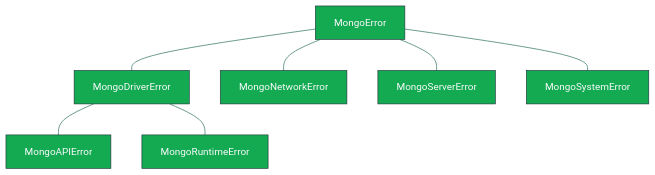
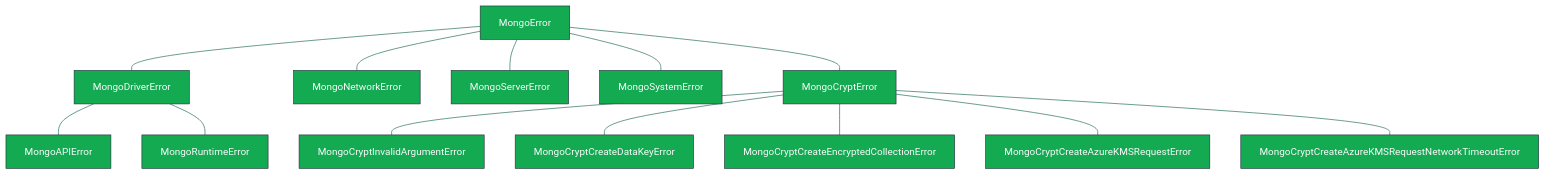
Before and after one commit to mongodb/node-mongodb-native: the diagram in etc/notes/errors.md, drawn with Mermaid. The commit also changed other lines of this file, not shown here.

````diff
--- a/etc/notes/errors.md
+++ b/etc/notes/errors.md
@@ -43,24 +49,44 @@
 ```mermaid
 graph TD
     MongoError --- MongoDriverError
     MongoError --- MongoNetworkError
     MongoError --- MongoServerError
     MongoError --- MongoSystemError
+    MongoError --- MongoCryptError
+    MongoCryptError --- MongoCryptInvalidArgumentError
+    MongoCryptError --- MongoCryptCreateDataKeyError
+    MongoCryptError --- MongoCryptCreateEncryptedCollectionError
+    MongoCryptError --- MongoCryptCreateAzureKMSRequestError
+    MongoCryptError --- MongoCryptCreateAzureKMSRequestNetworkTimeoutError
     MongoDriverError --- MongoAPIError
     MongoDriverError --- MongoRuntimeError
 
 linkStyle 0 stroke:#116149
 linkStyle 1 stroke:#116149
 linkStyle 2 stroke:#116149
 linkStyle 3 stroke:#116149
 linkStyle 4 stroke:#116149
 linkStyle 5 stroke:#116149
+linkStyle 6 stroke:#116149
+linkStyle 7 stroke:#116149
+linkStyle 8 stroke:#116149
+linkStyle 9 stroke:#116149
+linkStyle 10 stroke:#116149
+linkStyle 11 stroke:#116149
 
 style MongoError fill:#13aa52,stroke:#21313c,color:#FAFBFC
+style MongoCryptError fill:#13aa52,stroke:#21313c,color:#FAFBFC
 style MongoSystemError fill:#13aa52,stroke:#21313c,color:#FAFBFC
 style MongoNetworkError fill:#13aa52,stroke:#21313c,color:#FAFBFC
 style MongoServerError fill:#13aa52,stroke:#21313c,color:#FAFBFC
 style MongoDriverError fill:#13aa52,stroke:#21313c,color:#FAFBFC
 style MongoAPIError fill:#13aa52,stroke:#21313c,color:#FAFBFC
 style MongoRuntimeError fill:#13aa52,stroke:#21313c,color:#FAFBFC
+
+
+style MongoCryptCreateDataKeyError fill:#13aa52,stroke:#21313c,color:#FAFBFC
+style MongoCryptCreateEncryptedCollectionError fill:#13aa52,stroke:#21313c,color:#FAFBFC
+style MongoCryptInvalidArgumentError fill:#13aa52,stroke:#21313c,color:#FAFBFC
+style MongoCryptCreateAzureKMSRequestError fill:#13aa52,stroke:#21313c,color:#FAFBFC
+style MongoCryptCreateAzureKMSRequestNetworkTimeoutError fill:#13aa52,stroke:#21313c,color:#FAFBFC
 ```
````
